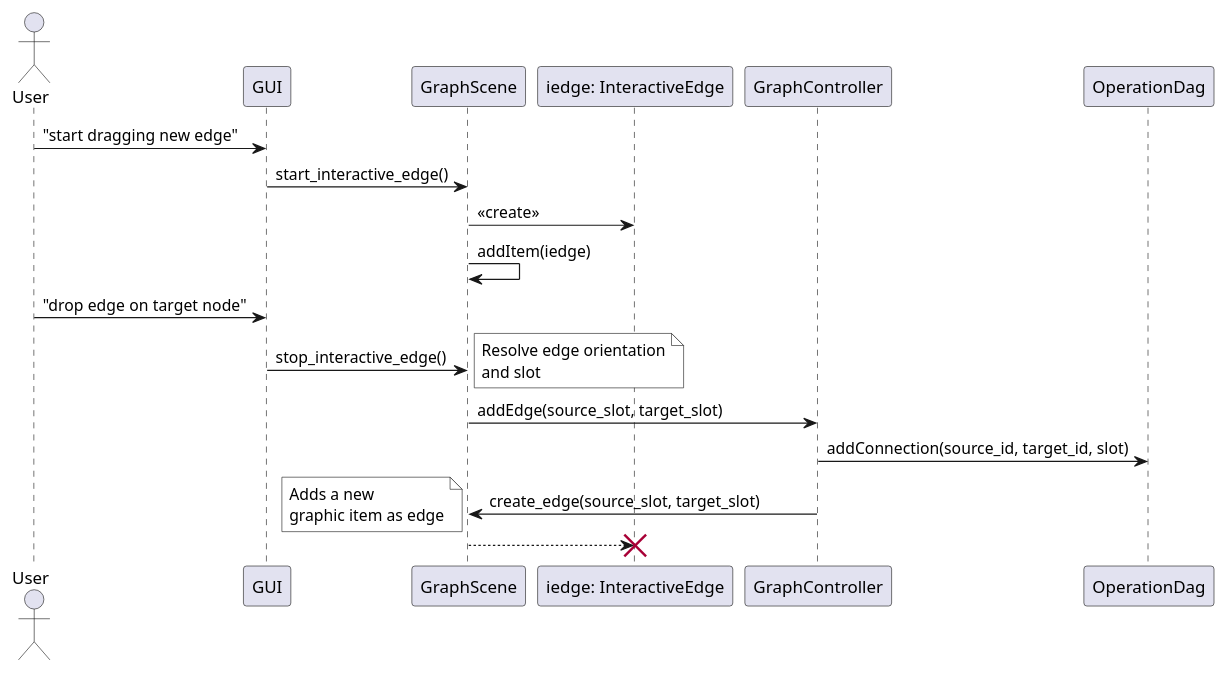
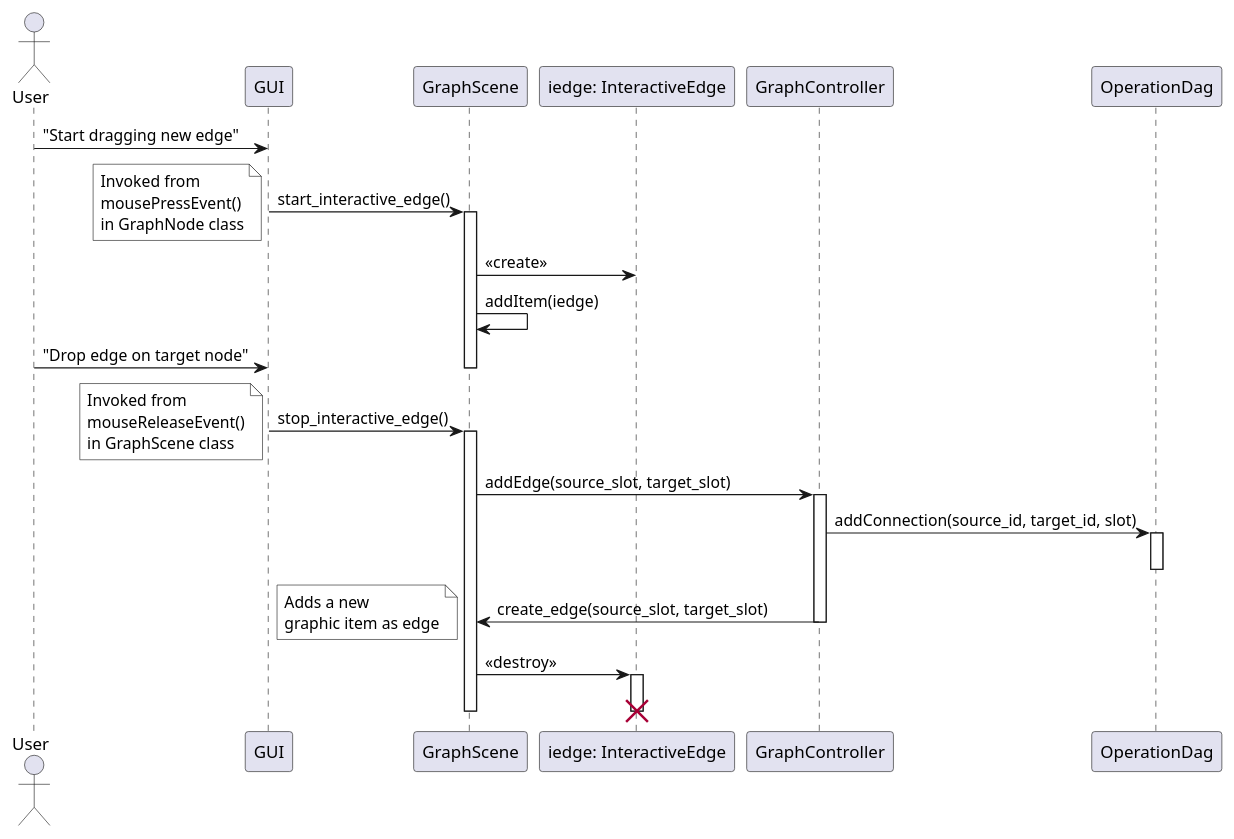
The second of 7 diagrams in uml/controller.puml (alezanga/dataMole), drawn with PlantUML before and after one commit. The commit also changed other lines of this file and 172 other files, not shown here.

```diff
--- a/uml/controller.puml
+++ b/uml/controller.puml
@@ -22,19 +40,36 @@
 @startuml connection_add
-
 actor User
 
-User -> GUI: "start dragging new edge"
+User -> GUI: "Start dragging new edge"
 GUI -> GraphScene: start_interactive_edge()
+note left #White
+Invoked from
+mousePressEvent()
+in GraphNode class
+endnote
+activate GraphScene
 GraphScene -> "iedge: InteractiveEdge" as iedge: <<create>>
 GraphScene -> GraphScene: addItem(iedge)
-User -> GUI: "drop edge on target node"
+User -> GUI: "Drop edge on target node"
+deactivate GraphScene
 GUI -> GraphScene: stop_interactive_edge()
-note right #White: Resolve edge orientation\nand slot
+note left #White
+Invoked from
+mouseReleaseEvent()
+in GraphScene class
+endnote
+activate GraphScene
 GraphScene -> GraphController: addEdge(source_slot, target_slot)
+activate GraphController
 GraphController -> OperationDag: addConnection(source_id, target_id, slot)
+activate OperationDag
+deactivate OperationDag
 GraphController -> GraphScene: create_edge(source_slot, target_slot)
+deactivate GraphController
 note left #White: Adds a new\ngraphic item as edge
-GraphScene --> iedge
+GraphScene -> iedge: <<destroy>>
+activate iedge
 destroy iedge
+deactivate GraphScene
 
 @enduml
```
